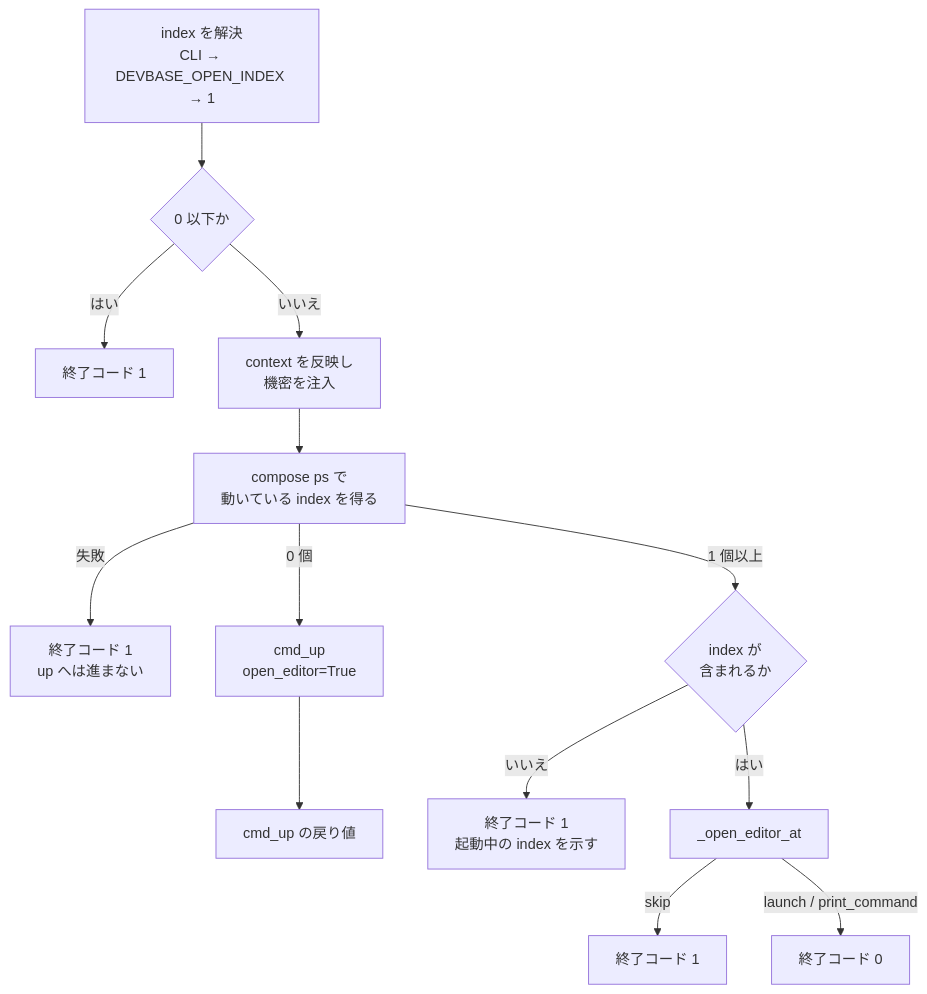
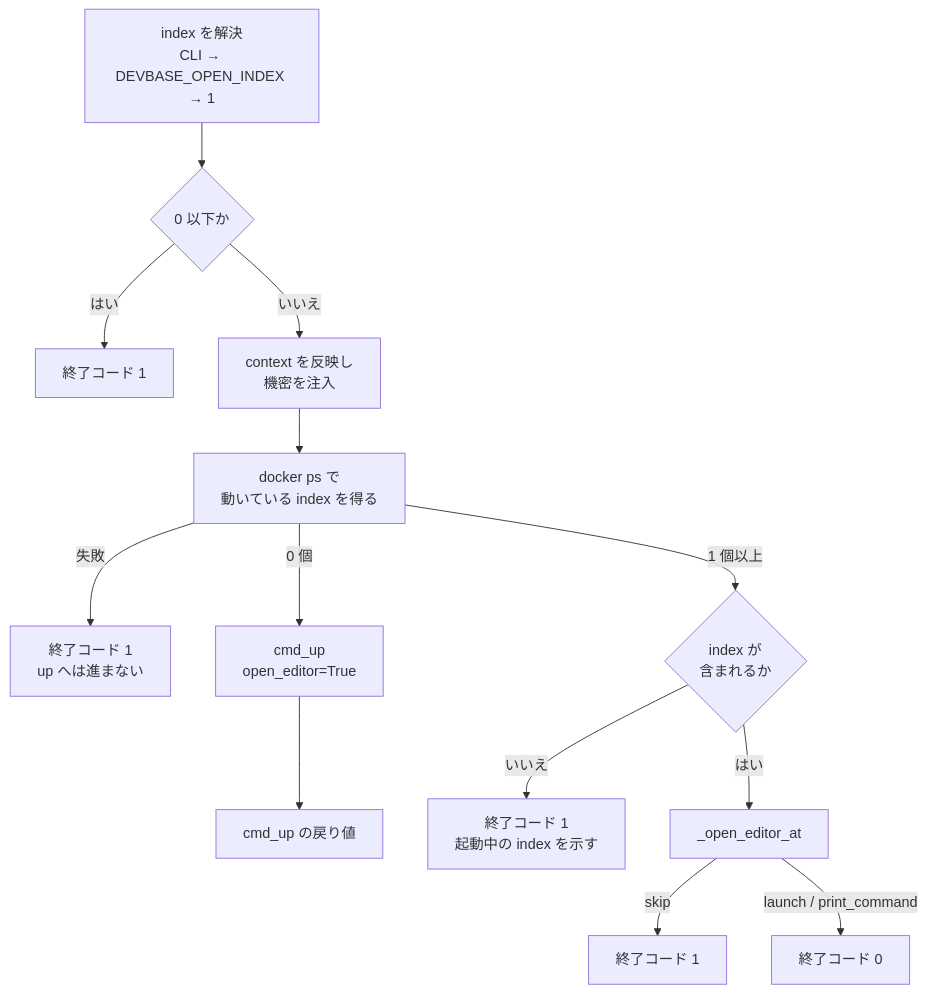
Before and after one commit to devbasex/devbase: the third of 3 diagrams in issues/PLAN59_editor-open-design.md, drawn with Mermaid. The commit also changed other lines of this file and 1 other file, not shown here.

````diff
--- a/issues/PLAN59_editor-open-design.md
+++ b/issues/PLAN59_editor-open-design.md
@@ -117,15 +122,15 @@
 ```mermaid
 graph TD
     A[index を解決<br/>CLI → DEVBASE_OPEN_INDEX → 1] --> B{0 以下か}
     B -->|はい| X1[終了コード 1]
     B -->|いいえ| C[context を反映し<br/>機密を注入]
-    C --> Q[compose ps で<br/>動いている index を得る]
+    C --> Q[docker ps で<br/>動いている index を得る]
     Q -->|失敗| X2[終了コード 1<br/>up へは進まない]
     Q -->|0 個| U[cmd_up<br/>open_editor=True]
     U --> X3[cmd_up の戻り値]
     Q -->|1 個以上| K{index が<br/>含まれるか}
     K -->|いいえ| X4[終了コード 1<br/>起動中の index を示す]
     K -->|はい| E[_open_editor_at]
     E -->|skip| X5[終了コード 1]
     E -->|launch / print_command| X6[終了コード 0]
 ```
````
